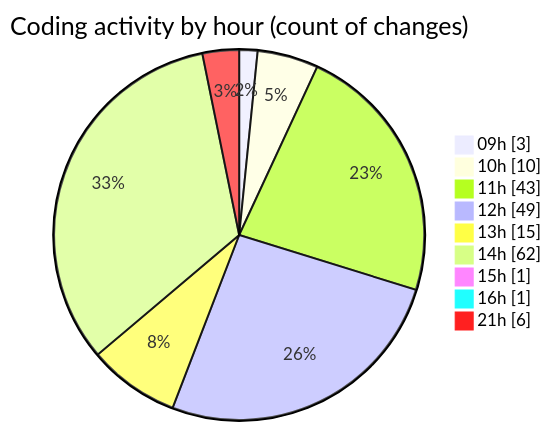
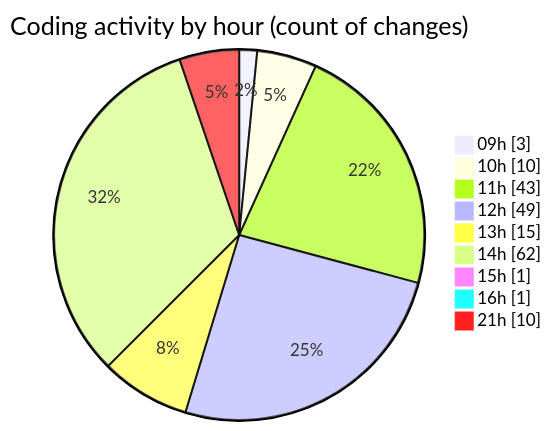
One commit to momahboobian/code-tracking changed the second of 2 diagrams in 2026-01-22/cda/README.md. Above: the diagram before and after it, drawn with Mermaid. The commit also changed other lines of this file and 1 other file, not shown here.

````diff
--- a/2026-01-22/cda/README.md
+++ b/2026-01-22/cda/README.md
@@ -92,13 +92,13 @@
 ```mermaid
 pie showData
 title Coding activity by hour (count of changes)
 "09h" : 3
 "10h" : 10
 "11h" : 43
 "12h" : 49
 "13h" : 15
 "14h" : 62
 "15h" : 1
 "16h" : 1
-"21h" : 6
+"21h" : 10
 ```
````
